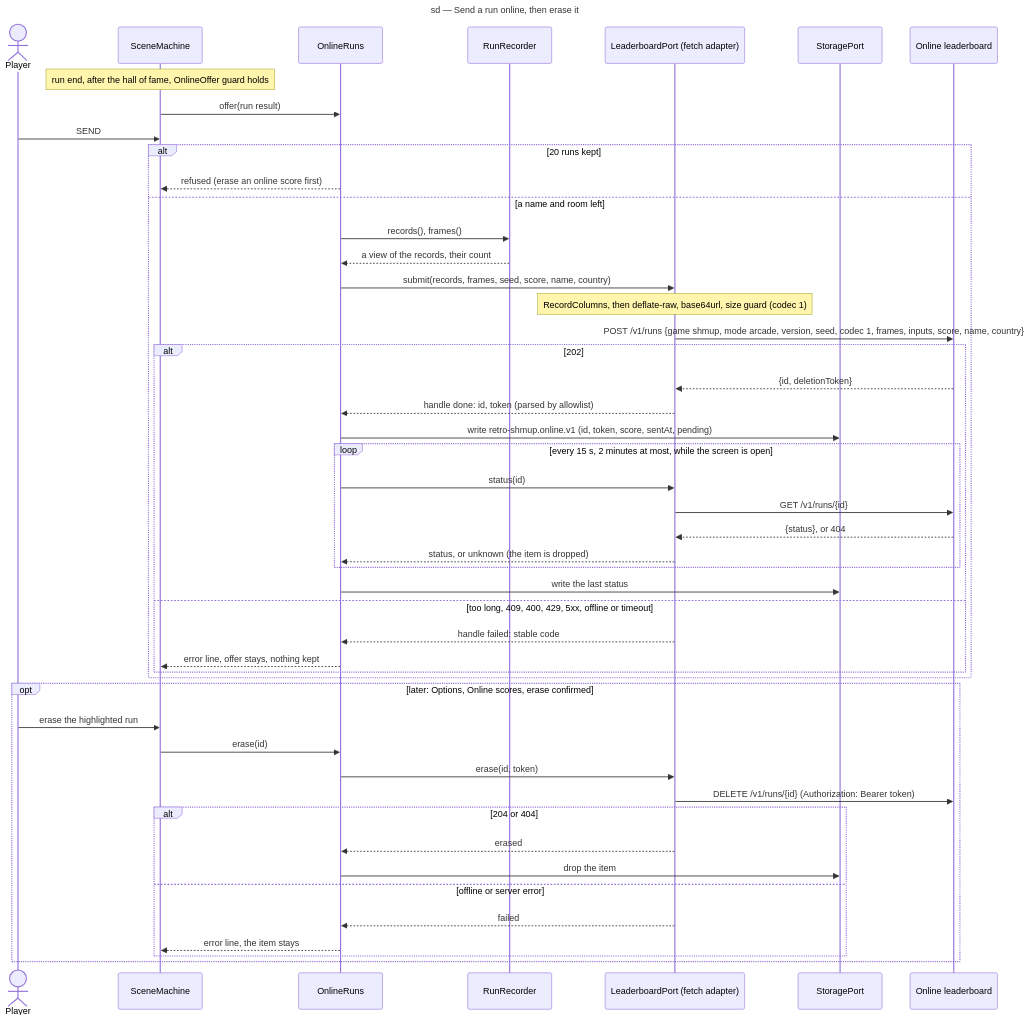
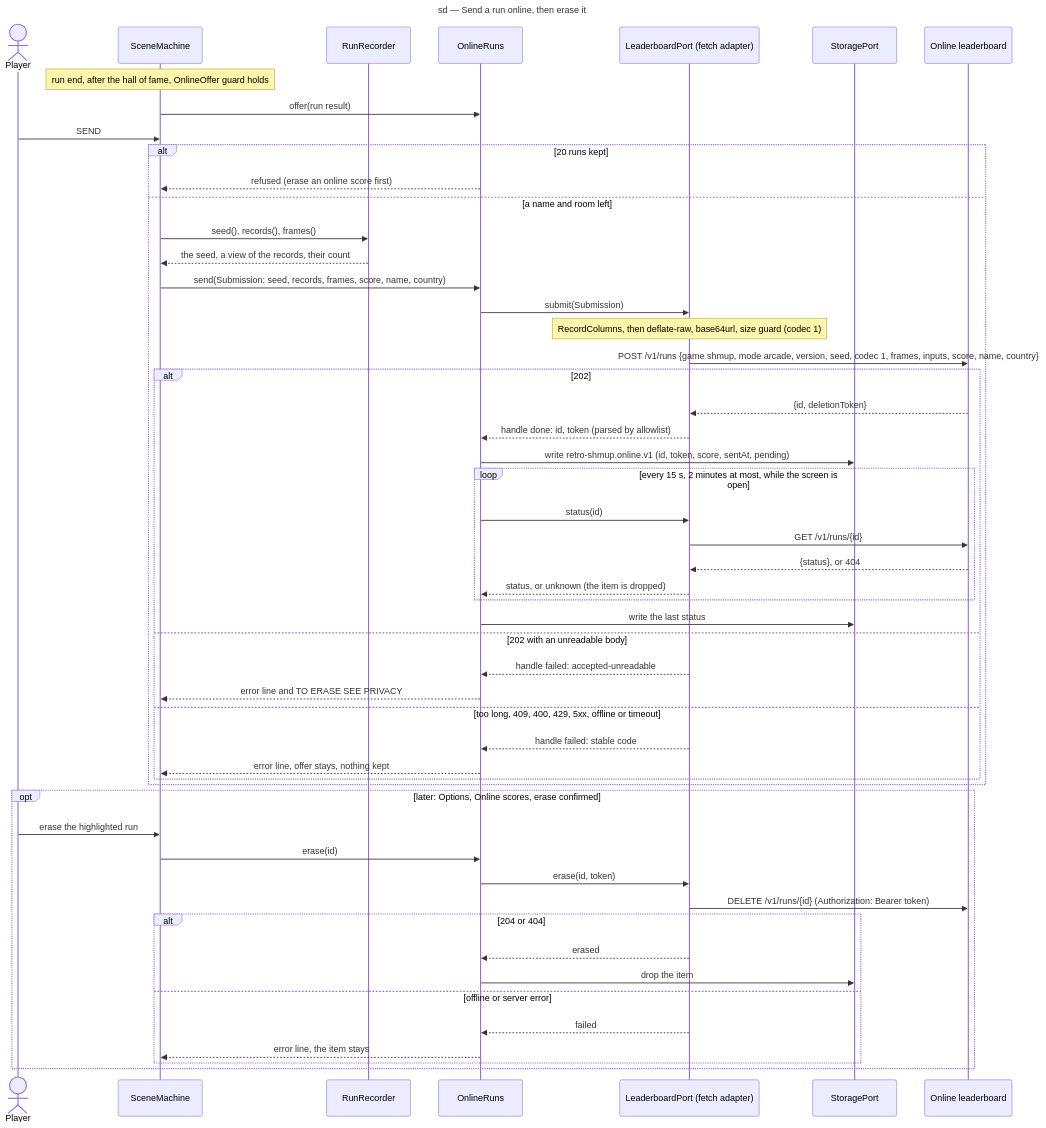
One commit to benoit-bremaud/retro-shmup changed the diagram in docs/architecture/diagrams/meta/02-sequence-send-online.md. Above: the diagram before and after it, drawn with Mermaid. The commit also changed other lines of this file and 29 other files, not shown here.

First line of the commit message:
feat(game): online leaderboard send pipeline, switched off (#167) (#174)

````diff
--- a/docs/architecture/diagrams/meta/02-sequence-send-online.md
+++ b/docs/architecture/diagrams/meta/02-sequence-send-online.md
@@ -19,53 +19,57 @@
 ```mermaid
 sequenceDiagram
   title sd — Send a run online, then erase it
   actor Player
   participant Scenes as SceneMachine
+  participant Rec as RunRecorder
   participant Online as OnlineRuns
-  participant Rec as RunRecorder
   participant Port as LeaderboardPort (fetch adapter)
   participant Store as StoragePort
   participant LB as Online leaderboard
 
   Note over Scenes: run end, after the hall of fame, OnlineOffer guard holds
   Scenes->>Online: offer(run result)
   Player->>Scenes: SEND
   alt 20 runs kept
     Online-->>Scenes: refused (erase an online score first)
   else a name and room left
-    Online->>Rec: records(), frames()
-    Rec-->>Online: a view of the records, their count
-    Online->>Port: submit(records, frames, seed, score, name, country)
+    Scenes->>Rec: seed(), records(), frames()
+    Rec-->>Scenes: the seed, a view of the records, their count
+    Scenes->>Online: send(Submission: seed, records, frames, score, name, country)
+    Online->>Port: submit(Submission)
     Note over Port: RecordColumns, then deflate-raw, base64url, size guard (codec 1)
     Port->>LB: POST /v1/runs {game shmup, mode arcade, version, seed, codec 1, frames, inputs, score, name, country}
     alt 202
       LB-->>Port: {id, deletionToken}
       Port-->>Online: handle done: id, token (parsed by allowlist)
       Online->>Store: write retro-shmup.online.v1 (id, token, score, sentAt, pending)
       loop every 15 s, 2 minutes at most, while the screen is open
         Online->>Port: status(id)
         Port->>LB: GET /v1/runs/{id}
         LB-->>Port: {status}, or 404
         Port-->>Online: status, or unknown (the item is dropped)
       end
       Online->>Store: write the last status
+    else 202 with an unreadable body
+      Port-->>Online: handle failed: accepted-unreadable
+      Online-->>Scenes: error line and TO ERASE SEE PRIVACY
     else too long, 409, 400, 429, 5xx, offline or timeout
       Port-->>Online: handle failed: stable code
       Online-->>Scenes: error line, offer stays, nothing kept
     end
   end
 
   opt later: Options, Online scores, erase confirmed
     Player->>Scenes: erase the highlighted run
     Scenes->>Online: erase(id)
     Online->>Port: erase(id, token)
     Port->>LB: DELETE /v1/runs/{id} (Authorization: Bearer token)
     alt 204 or 404
       Port-->>Online: erased
       Online->>Store: drop the item
     else offline or server error
       Port-->>Online: failed
       Online-->>Scenes: error line, the item stays
     end
   end
 ```
````
